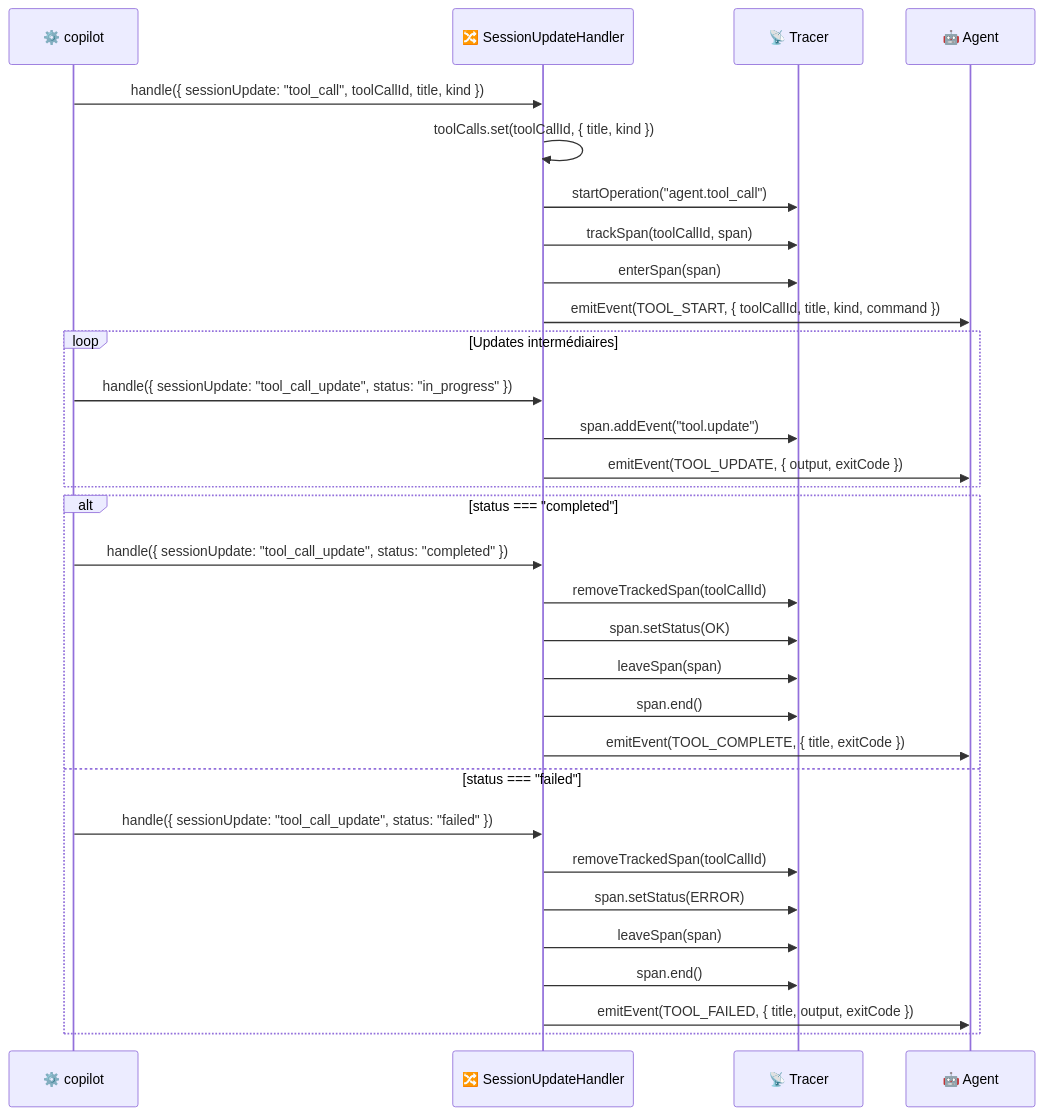
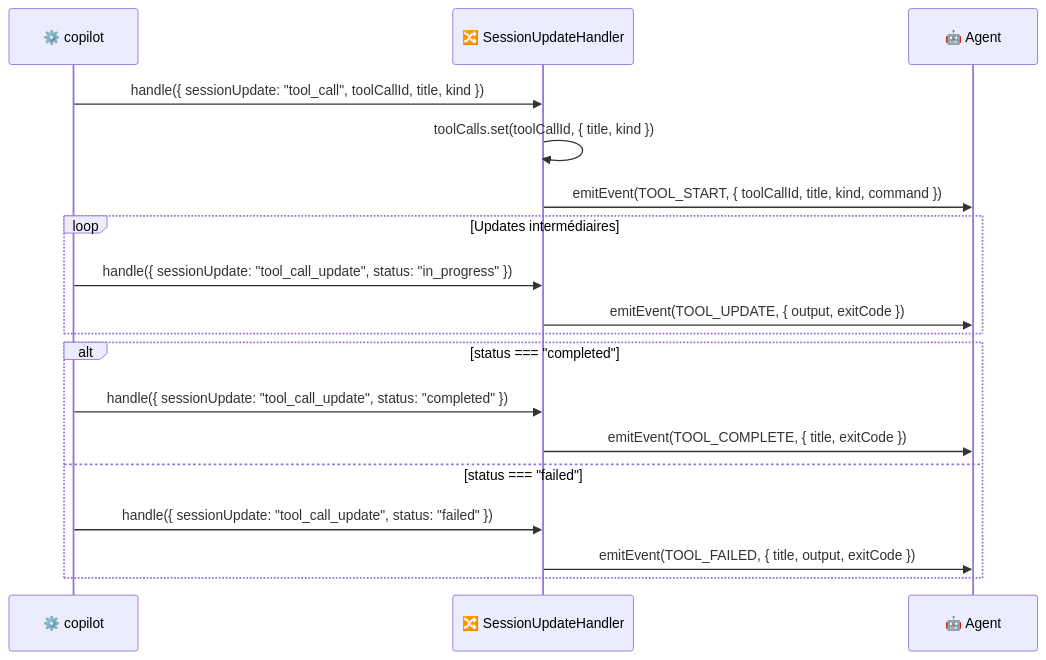
One commit to atinseau/stark changed the fifth of 9 diagrams in docs/architecture/sequences.md. Above: the diagram before and after it, drawn with Mermaid. The commit also changed other lines of this file and 13 other files, not shown here.

````diff
--- a/docs/architecture/sequences.md
+++ b/docs/architecture/sequences.md
@@ -320,38 +280,25 @@
 ```mermaid
 sequenceDiagram
     participant PROC as ⚙️ copilot
     participant SUH as 🔀 SessionUpdateHandler
-    participant T as 📡 Tracer
     participant A as 🤖 Agent
 
     PROC->>SUH: handle({ sessionUpdate: "tool_call", toolCallId, title, kind })
 
     SUH->>SUH: toolCalls.set(toolCallId, { title, kind })
-    SUH->>T: startOperation("agent.tool_call")
-    SUH->>T: trackSpan(toolCallId, span)
-    SUH->>T: enterSpan(span)
     SUH->>A: emitEvent(TOOL_START, { toolCallId, title, kind, command })
 
     loop Updates intermédiaires
         PROC->>SUH: handle({ sessionUpdate: "tool_call_update", status: "in_progress" })
-        SUH->>T: span.addEvent("tool.update")
         SUH->>A: emitEvent(TOOL_UPDATE, { output, exitCode })
     end
 
     alt status === "completed"
         PROC->>SUH: handle({ sessionUpdate: "tool_call_update", status: "completed" })
-        SUH->>T: removeTrackedSpan(toolCallId)
-        SUH->>T: span.setStatus(OK)
-        SUH->>T: leaveSpan(span)
-        SUH->>T: span.end()
         SUH->>A: emitEvent(TOOL_COMPLETE, { title, exitCode })
 
     else status === "failed"
         PROC->>SUH: handle({ sessionUpdate: "tool_call_update", status: "failed" })
-        SUH->>T: removeTrackedSpan(toolCallId)
-        SUH->>T: span.setStatus(ERROR)
-        SUH->>T: leaveSpan(span)
-        SUH->>T: span.end()
         SUH->>A: emitEvent(TOOL_FAILED, { title, output, exitCode })
     end
 ```
````
